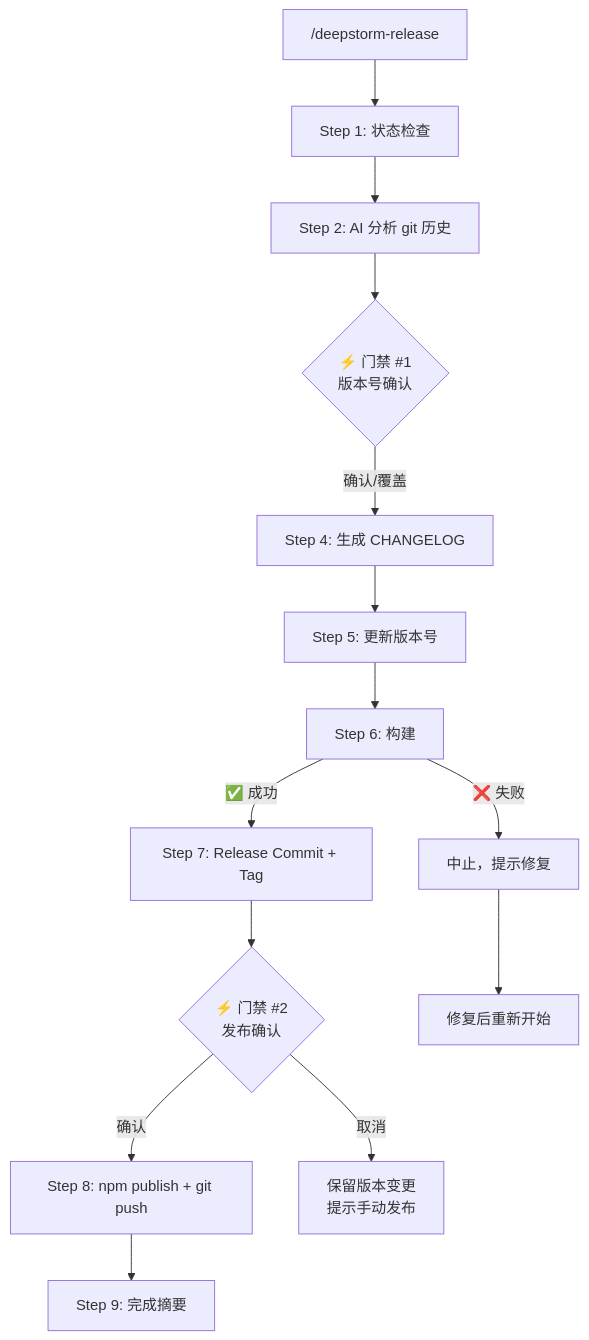
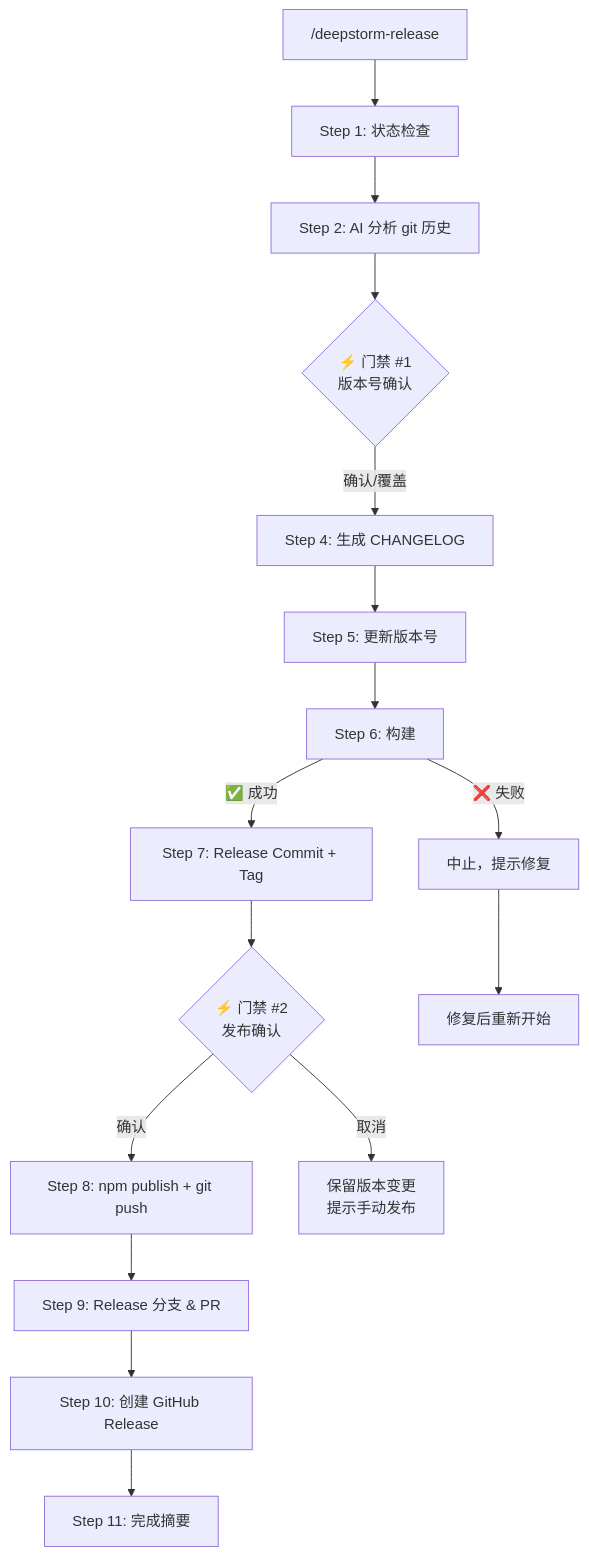
One commit to billkang/deepstorm changed the diagram in .claude/skills/deepstorm-release/SKILL.md. Above: the diagram before and after it, drawn with Mermaid. The commit also changed other lines of this file and 8 other files, not shown here.

First line of the commit message:
feat: deepstorm-release 新增 release 分支、PR 及 GitHub Release

````diff
--- a/.claude/skills/deepstorm-release/SKILL.md
+++ b/.claude/skills/deepstorm-release/SKILL.md
@@ -30,16 +30,18 @@
 ```mermaid
 flowchart TD
     START["/deepstorm-release"] --> S1["Step 1: 状态检查"]
     S1 --> S2["Step 2: AI 分析 git 历史"]
     S2 --> G1{"⚡ 门禁 #1<br>版本号确认"}
     G1 -->|"确认/覆盖"| S4["Step 4: 生成 CHANGELOG"]
     S4 --> S5["Step 5: 更新版本号"]
     S5 --> S6["Step 6: 构建"]
     S6 -->|"❌ 失败"| FAIL["中止，提示修复"]
     S6 -->|"✅ 成功"| S7["Step 7: Release Commit + Tag"]
     S7 --> G2{"⚡ 门禁 #2<br>发布确认"}
     G2 -->|"确认"| S8["Step 8: npm publish + git push"]
     G2 -->|"取消"| HOLD["保留版本变更<br>提示手动发布"]
-    S8 --> S9["Step 9: 完成摘要"]
+    S8 --> S9["Step 9: Release 分支 & PR"]
+    S9 --> S10["Step 10: 创建 GitHub Release"]
+    S10 --> S11["Step 11: 完成摘要"]
     FAIL --> RETRY["修复后重新开始"]
 ```
````
